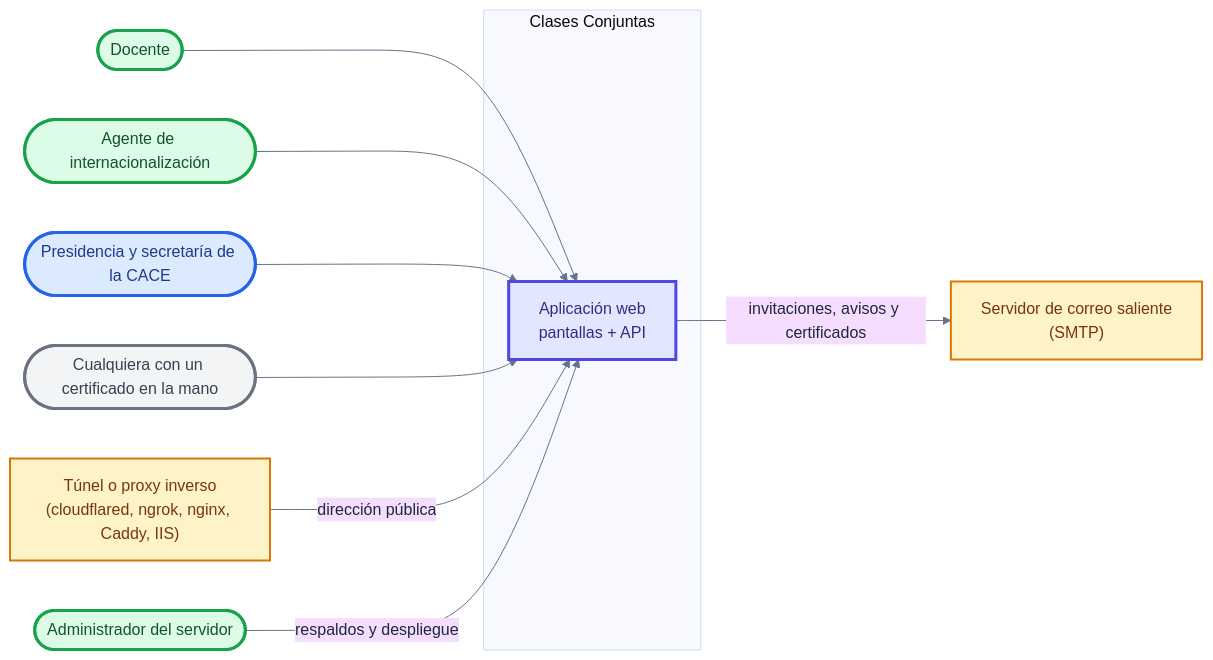
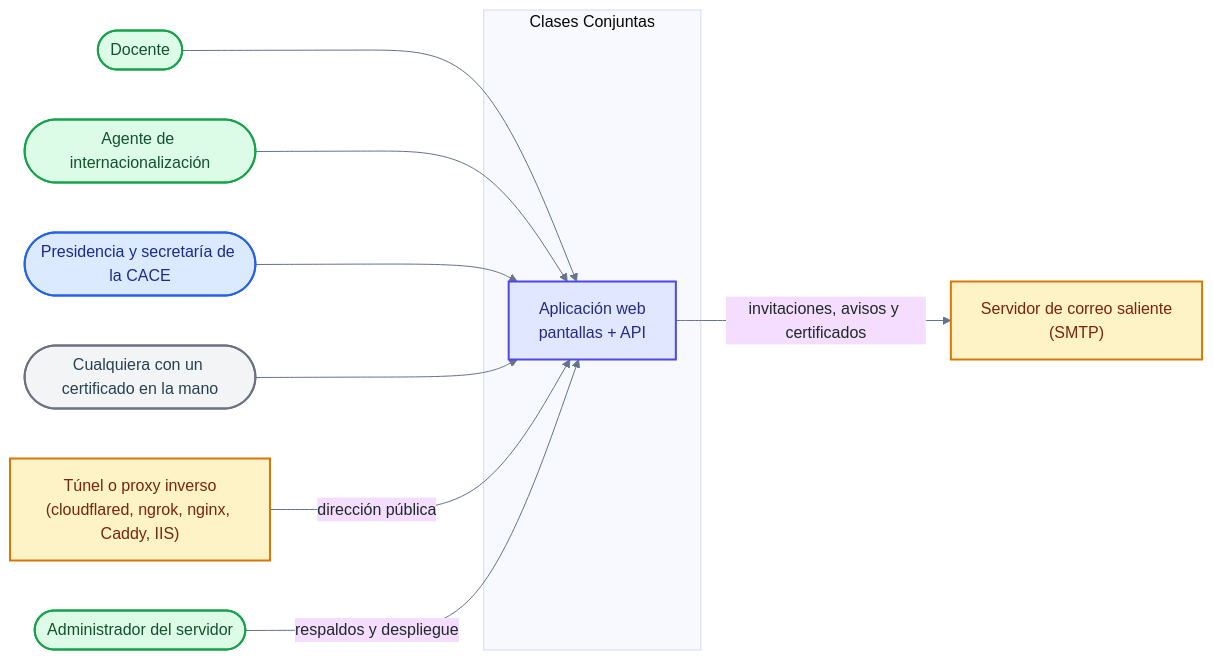
Before and after one commit to RICARDOSOTO6/clases-espejo: the first of 2 diagrams in docs/producto/diagramas/arquitectura.md, drawn with Mermaid. The commit also changed other lines of this file and 6 other files, not shown here.

````diff
--- a/docs/producto/diagramas/arquitectura.md
+++ b/docs/producto/diagramas/arquitectura.md
@@ -22,46 +22,46 @@
 ```mermaid
 %%{init: {
     "theme": "base",
     "themeVariables": {
         "background": "#F5F7FA",
-        "primaryTextColor": "#1F2937",
+        "primaryTextColor": "#1F2927",
         "lineColor": "#64748B",
         "fontFamily": "Arial"
     }
 }}%%
 
 flowchart LR
 
     Docente([Docente])
     Agente([Agente de internacionalización])
     Cace([Presidencia y secretaría de la CACE])
     Publico([Cualquiera con un certificado en la mano])
 
     subgraph Sistema["Clases Conjuntas"]
         App["Aplicación web<br/>pantallas + API"]
     end
 
     SMTP["Servidor de correo saliente<br/>(SMTP)"]
     Tunel["Túnel o proxy inverso<br/>(cloudflared, ngrok, nginx, Caddy, IIS)"]
     Admin([Administrador del servidor])
 
     Docente --> App
     Agente --> App
     Cace --> App
     Publico --> App
     Tunel -- "dirección pública" --> App
     App -- "invitaciones, avisos y certificados" --> SMTP
     Admin -- "respaldos y despliegue" --> App
 
-    classDef actor fill:#DCFCE7,stroke:#16A34A,color:#14532D,stroke-width:3px
-    classDef caceActor fill:#DBEAFE,stroke:#2563EB,color:#1E3A8A,stroke-width:3px
-    classDef publico fill:#F3F4F6,stroke:#6B7280,color:#374151,stroke-width:3px
-    classDef sistema fill:#E0E7FF,stroke:#4F46E5,color:#312E81,stroke-width:3px
-    classDef externo fill:#FEF3C7,stroke:#D97706,color:#78350F,stroke-width:2px
+    classDef actor fill:#DCFCE7,stroke:#16A24A,color:#14522D,stroke-width:2px
+    classDef caceActor fill:#DBEAFE,stroke:#2562EB,color:#1E2A8A,stroke-width:2px
+    classDef publico fill:#F2F4F6,stroke:#6B7280,color:#274151,stroke-width:2px
+    classDef sistema fill:#E0E7FF,stroke:#4F46E5,color:#212E81,stroke-width:2px
+    classDef externo fill:#FEF2C7,stroke:#D97706,color:#78250F,stroke-width:2px
 
     class Docente,Agente,Admin actor
     class Cace caceActor
     class Publico publico
     class App sistema
     class SMTP,Tunel externo
 ```
````
